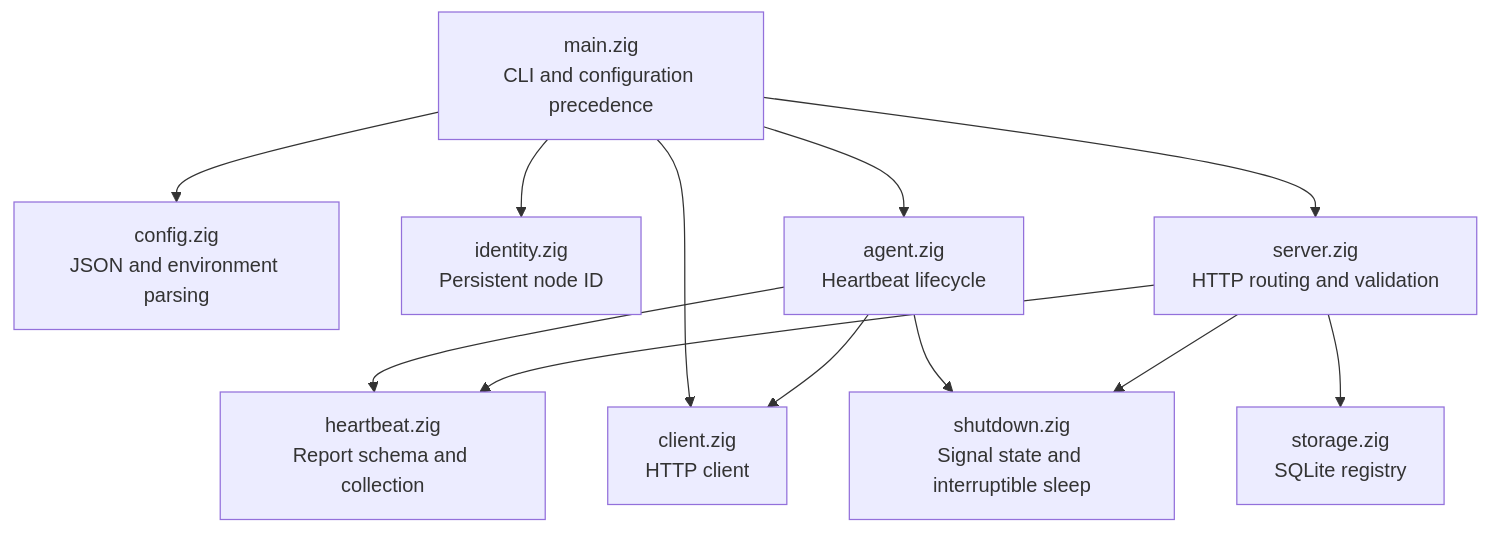
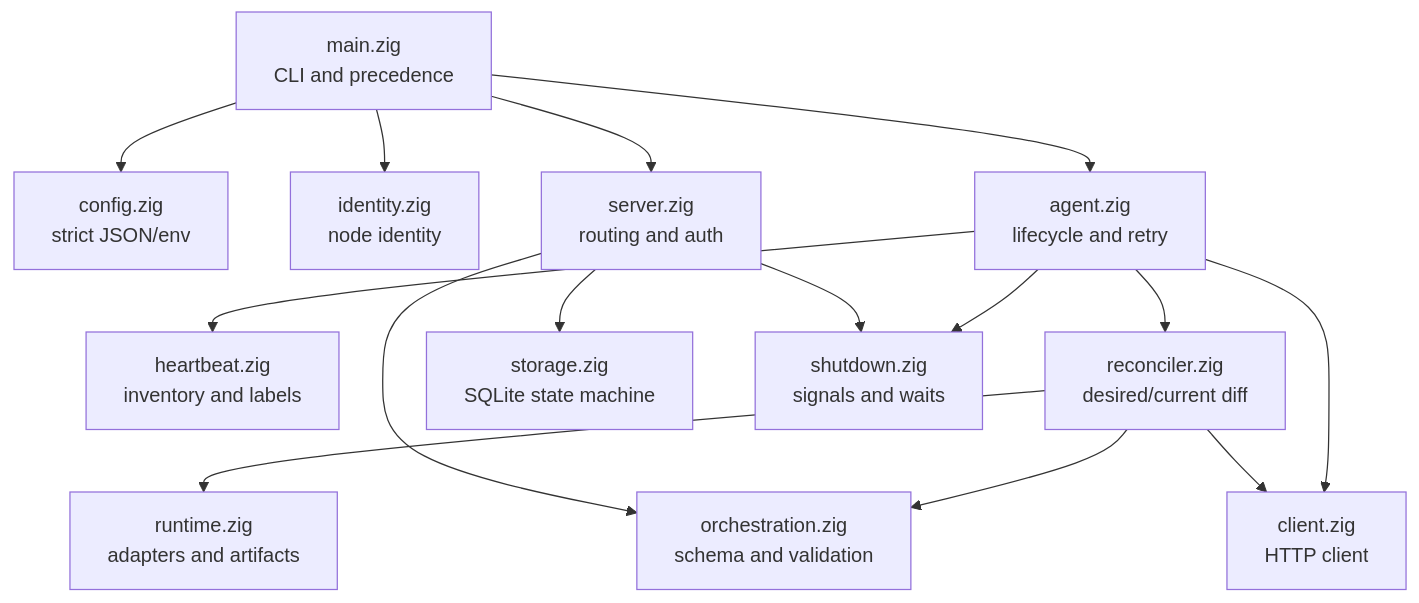
One commit to ziwon/nimbus changed the second of 3 diagrams in docs/architecture.md. Above: the diagram before and after it, drawn with Mermaid. The commit also changed other lines of this file and 4 other files, not shown here.

````diff
--- a/docs/architecture.md
+++ b/docs/architecture.md
@@ -93,24 +95,30 @@
 ```mermaid
 flowchart TB
-    Main[main.zig<br/>CLI and configuration precedence]
-    Config[config.zig<br/>JSON and environment parsing]
-    Identity[identity.zig<br/>Persistent node ID]
-    Heartbeat[heartbeat.zig<br/>Report schema and collection]
-    Agent[agent.zig<br/>Heartbeat lifecycle]
+    Main[main.zig<br/>CLI and precedence]
+    Config[config.zig<br/>strict JSON/env]
+    Identity[identity.zig<br/>node identity]
+    Heartbeat[heartbeat.zig<br/>inventory and labels]
+    Agent[agent.zig<br/>lifecycle and retry]
+    Reconcile[reconciler.zig<br/>desired/current diff]
+    Runtime[runtime.zig<br/>adapters and artifacts]
+    Protocol[orchestration.zig<br/>schema and validation]
     Client[client.zig<br/>HTTP client]
-    Server[server.zig<br/>HTTP routing and validation]
-    Storage[storage.zig<br/>SQLite registry]
-    Shutdown[shutdown.zig<br/>Signal state and interruptible sleep]
+    Server[server.zig<br/>routing and auth]
+    Storage[storage.zig<br/>SQLite state machine]
+    Shutdown[shutdown.zig<br/>signals and waits]
 
     Main --> Config
     Main --> Identity
     Main --> Agent
     Main --> Server
-    Main --> Client
     Agent --> Heartbeat
+    Agent --> Reconcile
     Agent --> Client
     Agent --> Shutdown
-    Server --> Heartbeat
+    Reconcile --> Protocol
+    Reconcile --> Runtime
+    Reconcile --> Client
+    Server --> Protocol
     Server --> Storage
     Server --> Shutdown
 ```
````
